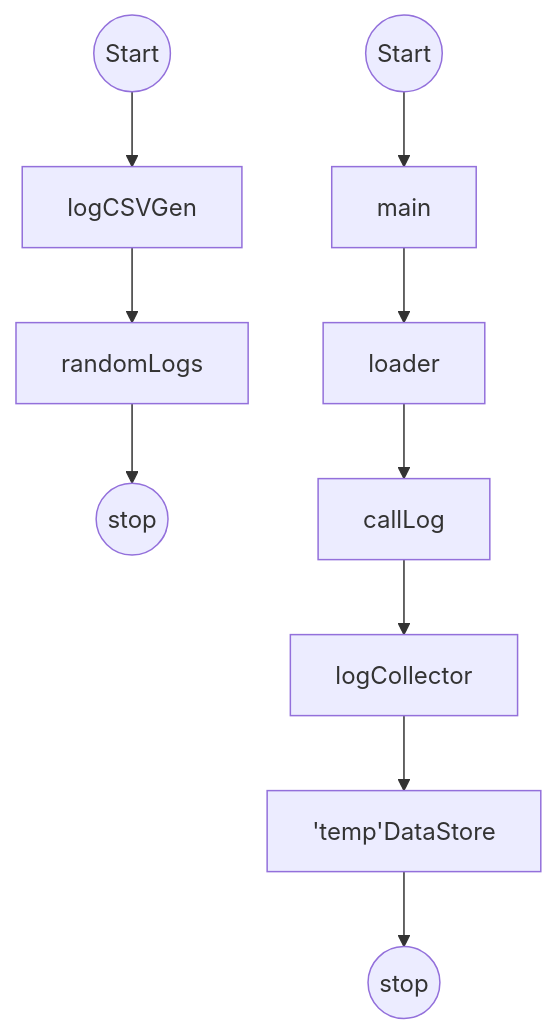
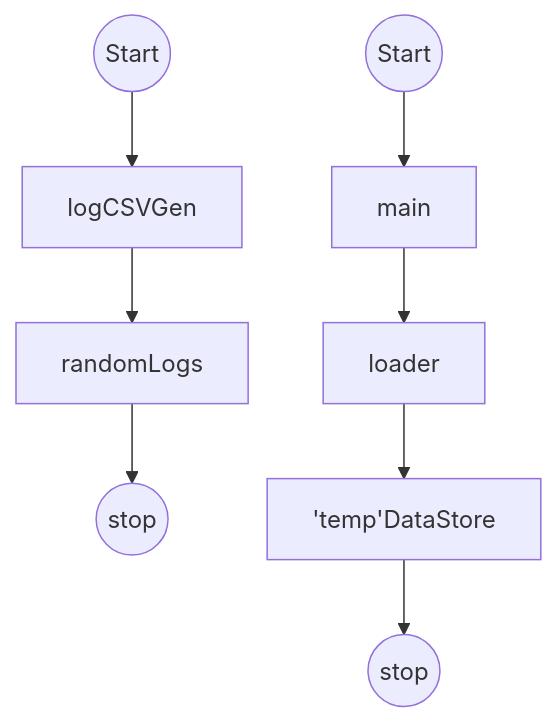
Before and after one commit to Davide-OttoneCasagrande/Call-Log-Handler: the first of 5 diagrams in docs/drs.md, drawn with Mermaid. The commit also changed other lines of this file and 5 other files, not shown here.

Commit message:
Refactored call log processing to use a generator (yield)

```diff
--- a/docs/drs.md
+++ b/docs/drs.md
@@ -126,24 +127,20 @@
    ::: mermaid
 
 flowchart TD
 
     B0[logCSVGen]
     B1[randomLogs]
 
     A@{ shape: circle, label: "Start" } --> A0
     B@{ shape: circle, label: "Start" } --> B0
     B0 --> B1
     B1-->  Bs@{ shape: circle, label: "stop" } 
 
     A0[main]
     A1[loader]
-    A2[logCollector]
-    A3[callLog]
-    A4['temp'DataStore]
+    A3['temp'DataStore]
 
     A0 --> A1
-    A1 --> A3
-    A2 --> A4
-    A3 --> A2
-    A4 --> As@{ shape: circle, label: "stop" } 
+    A1 --> A3 
+    A3 --> As@{ shape: circle, label: "stop" } 
 :::
```
